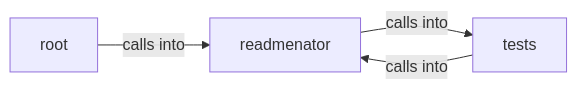
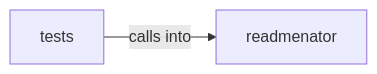
One commit to grisuno/ReadMenator changed the diagram in readmenator-maps/md/readmenator-diagrams/readmenator__video.md. Above: the diagram before and after it, drawn with Mermaid. The commit also changed other lines of this file and 264 other files, not shown here.

````diff
--- a/readmenator-maps/md/readmenator-diagrams/readmenator__video.md
+++ b/readmenator-maps/md/readmenator-diagrams/readmenator__video.md
@@ -5,9 +5,6 @@
 ```mermaid
 graph LR
     readmenator["readmenator"]
-    root["root"]
     tests["tests"]
-    readmenator -- "calls into" --> tests
-    root -- "calls into" --> readmenator
     tests -- "calls into" --> readmenator
 ```
````
